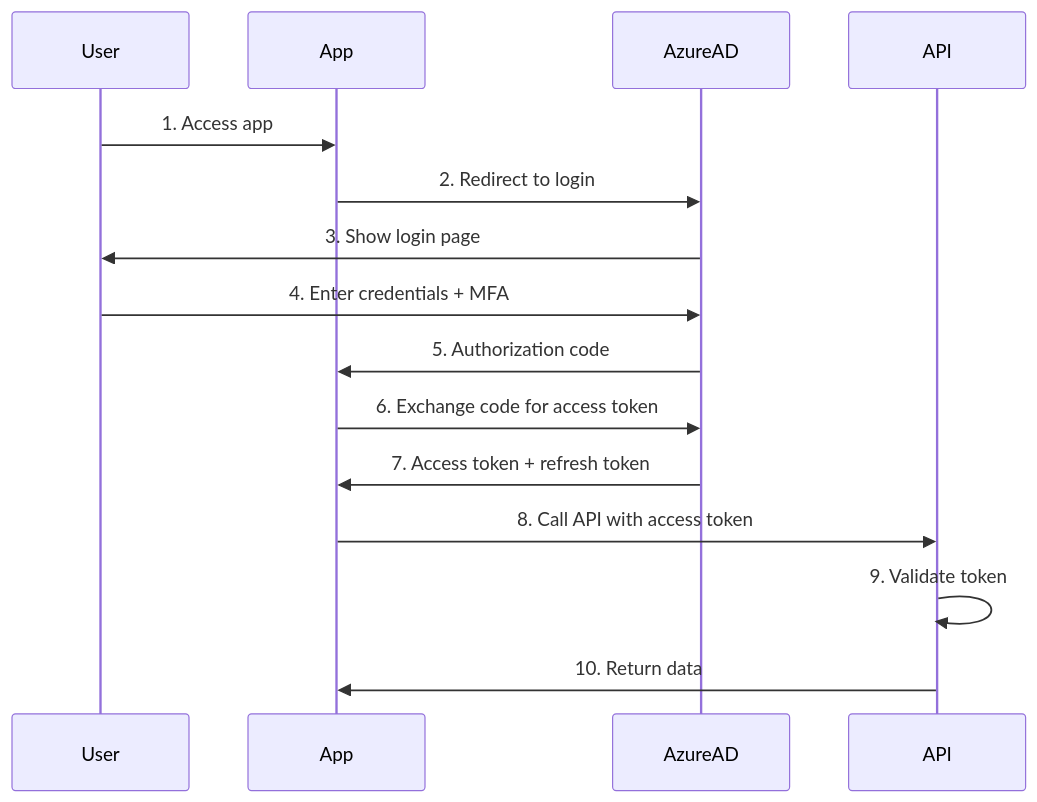
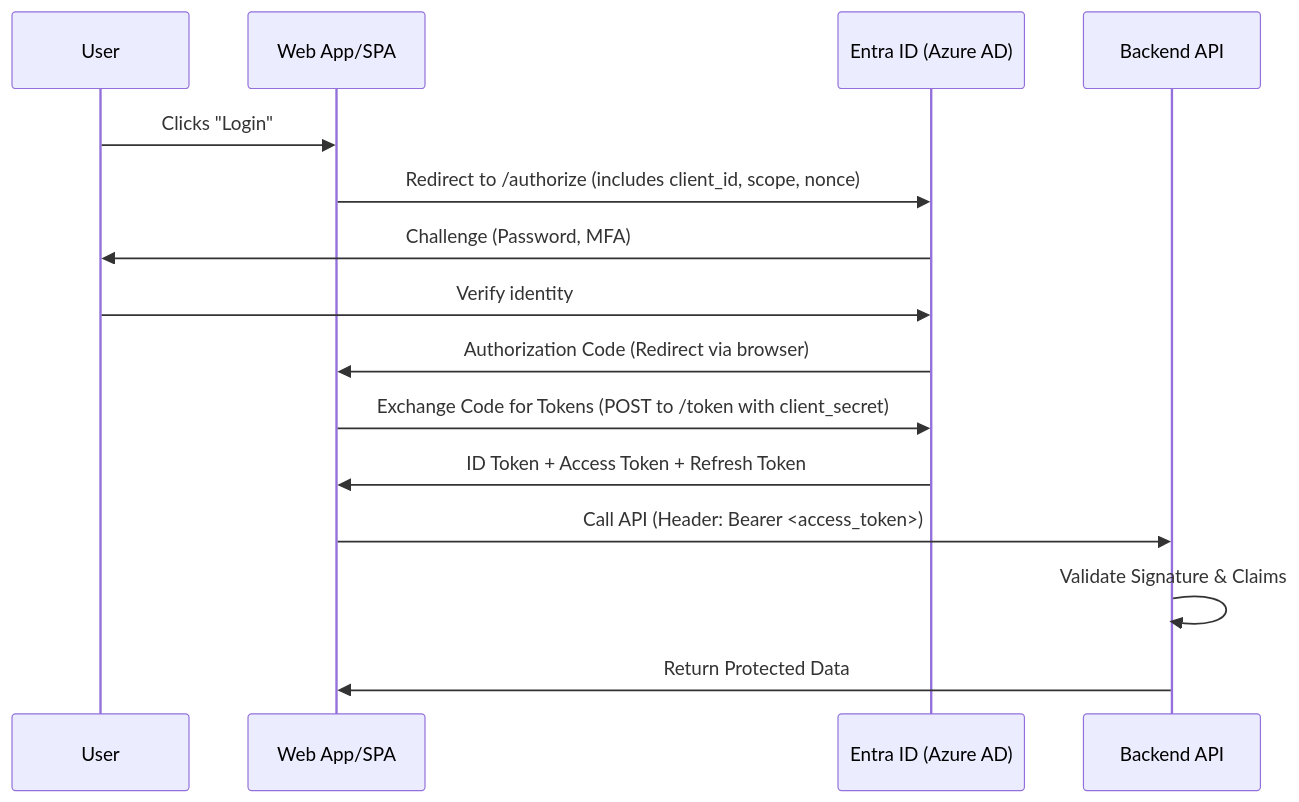
One commit to devweekends/docs changed the second of 4 diagrams in courses/azure-cloud-engineering/02-identity-access-management.mdx. Above: the diagram before and after it, drawn with Mermaid. The commit also changed other lines of this file and 26 other files, not shown here.

````diff
--- a/courses/azure-cloud-engineering/02-identity-access-management.mdx
+++ b/courses/azure-cloud-engineering/02-identity-access-management.mdx
@@ -132,18 +553,18 @@
-    ```mermaid
-    sequenceDiagram
-        participant User
-        participant App
-        participant AzureAD
-        participant API
-
-        User->>App: 1. Access app
-        App->>AzureAD: 2. Redirect to login
-        AzureAD->>User: 3. Show login page
-        User->>AzureAD: 4. Enter credentials + MFA
-        AzureAD->>App: 5. Authorization code
-        App->>AzureAD: 6. Exchange code for access token
-        AzureAD->>App: 7. Access token + refresh token
-        App->>API: 8. Call API with access token
-        API->>API: 9. Validate token
-        API->>App: 10. Return data
-    ```
+```mermaid
+sequenceDiagram
+    participant User
+    participant App as Web App/SPA
+    participant AAD as Entra ID (Azure AD)
+    participant API as Backend API
+    
+    User->>App: Clicks "Login"
+    App->>AAD: Redirect to /authorize (includes client_id, scope, nonce)
+    AAD->>User: Challenge (Password, MFA)
+    User->>AAD: Verify identity
+    AAD->>App: Authorization Code (Redirect via browser)
+    App->>AAD: Exchange Code for Tokens (POST to /token with client_secret)
+    AAD->>App: ID Token + Access Token + Refresh Token
+    App->>API: Call API (Header: Bearer <access_token>)
+    API->>API: Validate Signature & Claims
+    API->>App: Return Protected Data
+```
````
